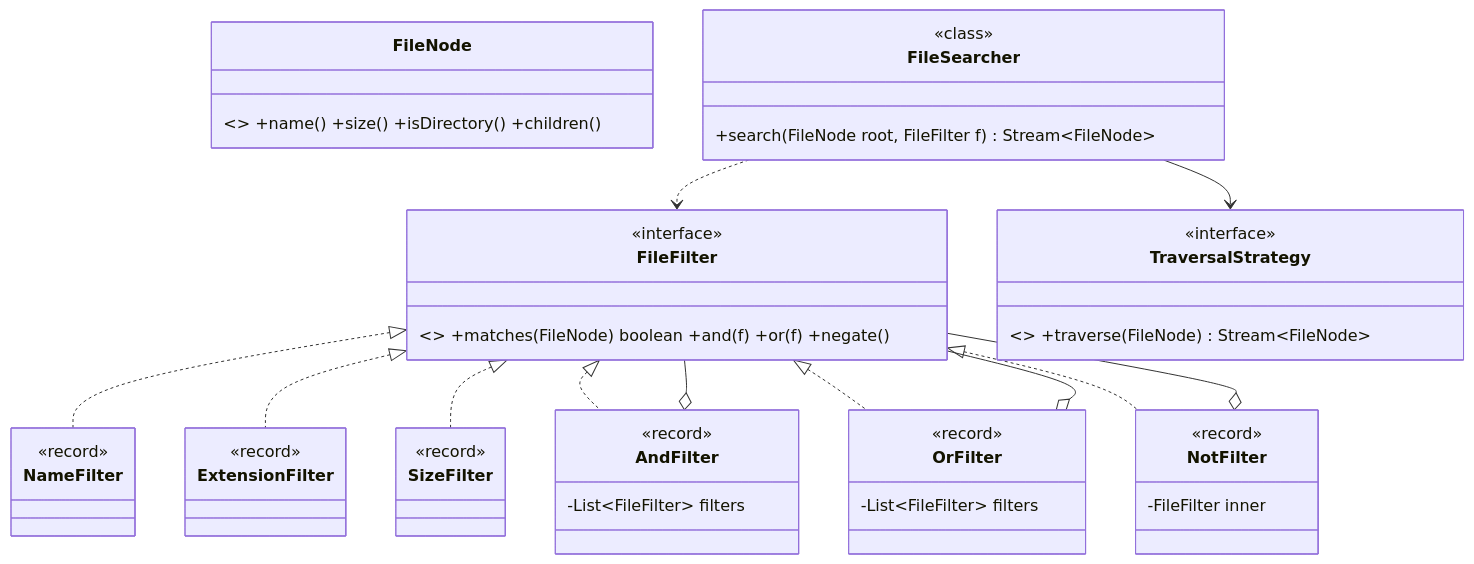
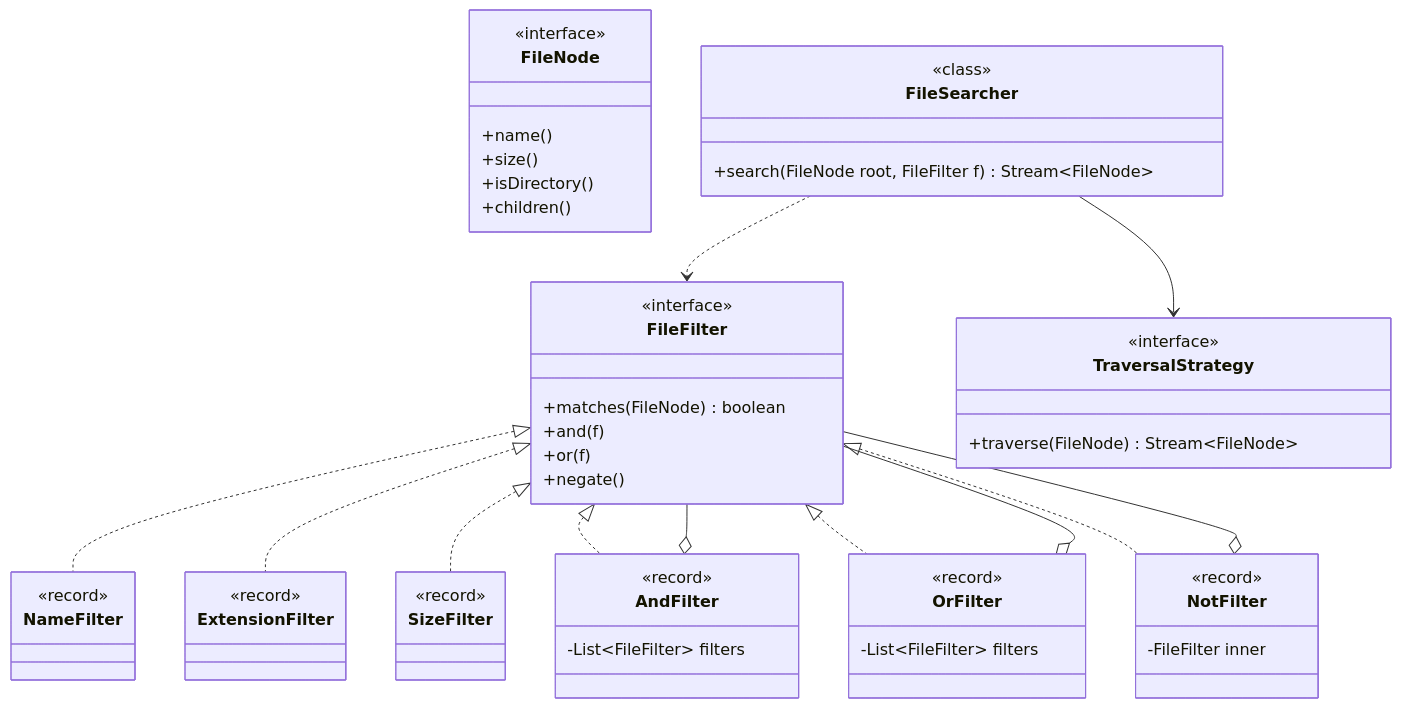
The first of 3 diagrams in system-design/lld/03-file-search.md (amarkum/amarkumar.guru), drawn with Mermaid before and after one commit. The commit also changed other lines of this file and 27 other files, not shown here.

````diff
--- a/system-design/lld/03-file-search.md
+++ b/system-design/lld/03-file-search.md
@@ -36,48 +36,71 @@
 ```mermaid
 classDiagram
-    class FileNode { <<interface>> +name() +size() +isDirectory() +children() }
-    class FileFilter { <<interface>> +matches(FileNode) boolean +and(f) +or(f) +negate() }
+    class FileNode {
+      <<interface>>
+      +name()
+      +size()
+      +isDirectory()
+      +children()
+    }
+    class FileFilter {
+      <<interface>>
+      +matches(FileNode) boolean
+      +and(f)
+      +or(f)
+      +negate()
+    }
     class NameFilter {
       <<record>>
     }
     class ExtensionFilter {
       <<record>>
     }
     class SizeFilter {
       <<record>>
     }
-    class AndFilter { -List~FileFilter~ filters }
-    class OrFilter { -List~FileFilter~ filters }
-    class NotFilter { -FileFilter inner }
-    class FileSearcher { +search(FileNode root, FileFilter f) Stream~FileNode~ }
-    class TraversalStrategy { <<interface>> +traverse(FileNode) Stream~FileNode~ }
+    class AndFilter {
+      -List~FileFilter~ filters
+    }
+    class OrFilter {
+      -List~FileFilter~ filters
+    }
+    class NotFilter {
+      -FileFilter inner
+    }
+    class FileSearcher {
+      +search(FileNode root, FileFilter f) Stream~FileNode~
+    }
+    class TraversalStrategy {
+      <<interface>>
+      +traverse(FileNode) Stream~FileNode~
+    }
     FileFilter <|.. NameFilter
     FileFilter <|.. ExtensionFilter
     FileFilter <|.. SizeFilter
     FileFilter <|.. AndFilter
     FileFilter <|.. OrFilter
     FileFilter <|.. NotFilter
     AndFilter o-- FileFilter
     OrFilter o-- FileFilter
     NotFilter o-- FileFilter
     FileSearcher --> TraversalStrategy
     FileSearcher ..> FileFilter
     class OrFilter {
       <<record>>
     }
     class FileFilter {
       <<interface>>
     }
     class FileSearcher {
       <<class>>
     }
     class TraversalStrategy {
       <<interface>>
     }
     class NotFilter {
       <<record>>
     }
     class AndFilter {
       <<record>>
     }
 ```
````
